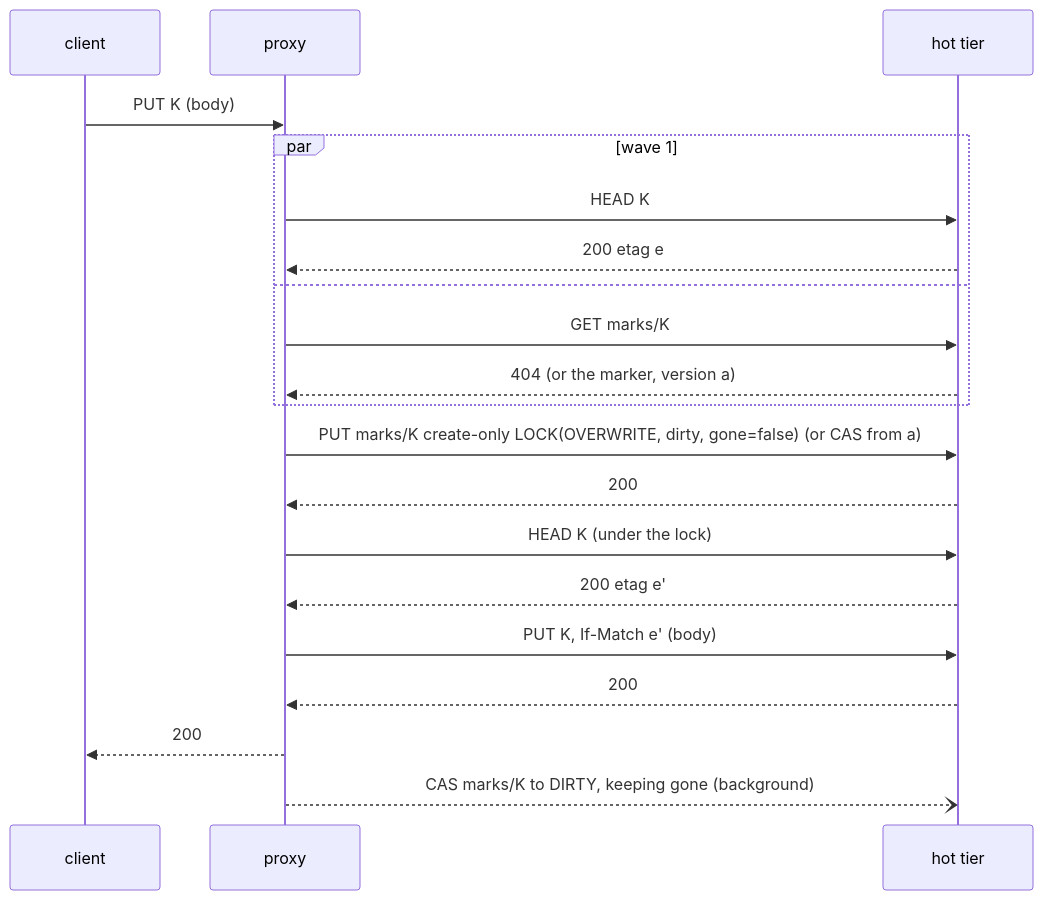
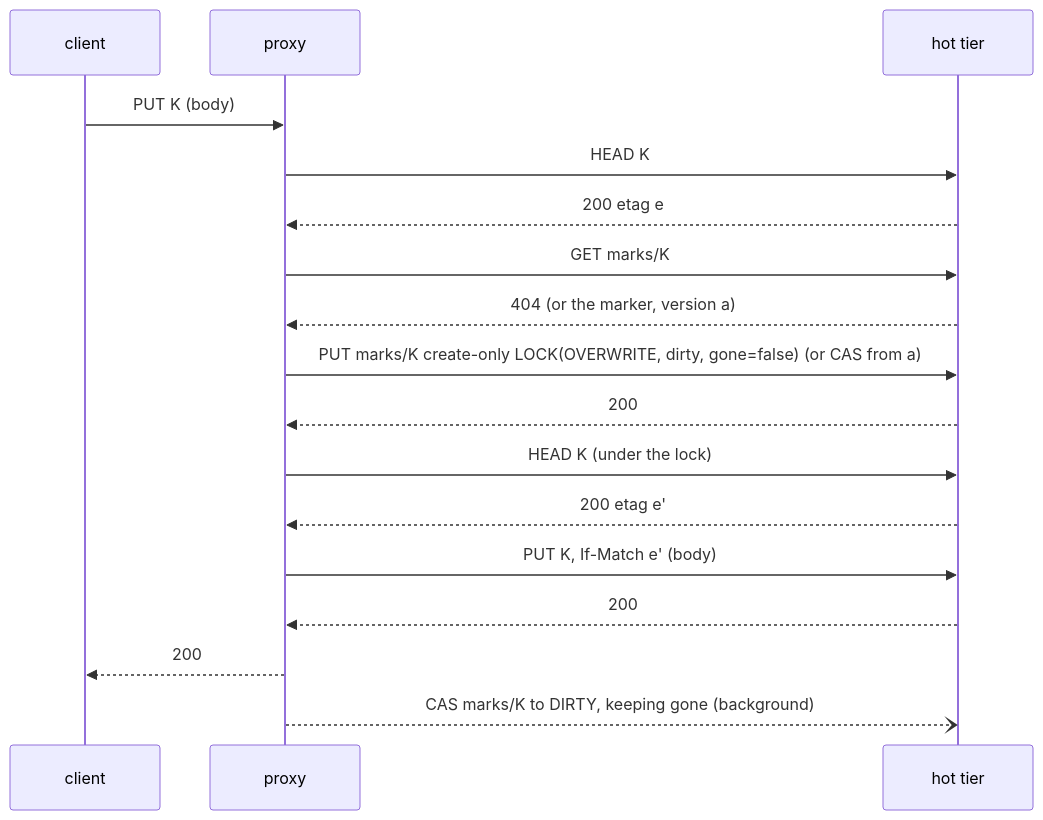
The second of 5 diagrams in docs/design/put-without-lock.md (komira-ai/tierstore), drawn with Mermaid before and after one commit. The commit also changed other lines of this file and 18 other files, not shown here.

First line of the commit message:
Read no marker for a new key, wait for a lock another writer won, and let a cache skip its HEAD before a put

````diff
--- a/docs/design/put-without-lock.md
+++ b/docs/design/put-without-lock.md
@@ -256,22 +256,19 @@
 ```mermaid
 sequenceDiagram
     participant C as client
     participant P as proxy
     participant H as hot tier
     C->>P: PUT K (body)
-    par wave 1
-        P->>H: HEAD K
-        H-->>P: 200 etag e
-    and
-        P->>H: GET marks/K
-        H-->>P: 404 (or the marker, version a)
-    end
+    P->>H: HEAD K
+    H-->>P: 200 etag e
+    P->>H: GET marks/K
+    H-->>P: 404 (or the marker, version a)
     P->>H: PUT marks/K create-only LOCK(OVERWRITE, dirty, gone=false) (or CAS from a)
     H-->>P: 200
     P->>H: HEAD K (under the lock)
     H-->>P: 200 etag e'
     P->>H: PUT K, If-Match e' (body)
     H-->>P: 200
     P-->>C: 200
     P--)H: CAS marks/K to DIRTY, keeping gone (background)
 ```
````
